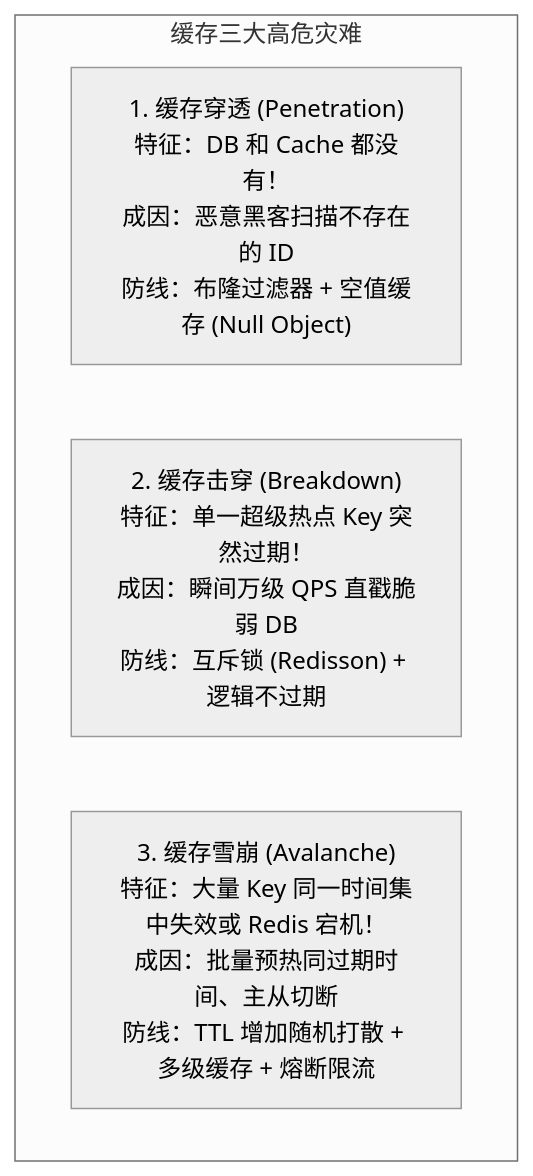
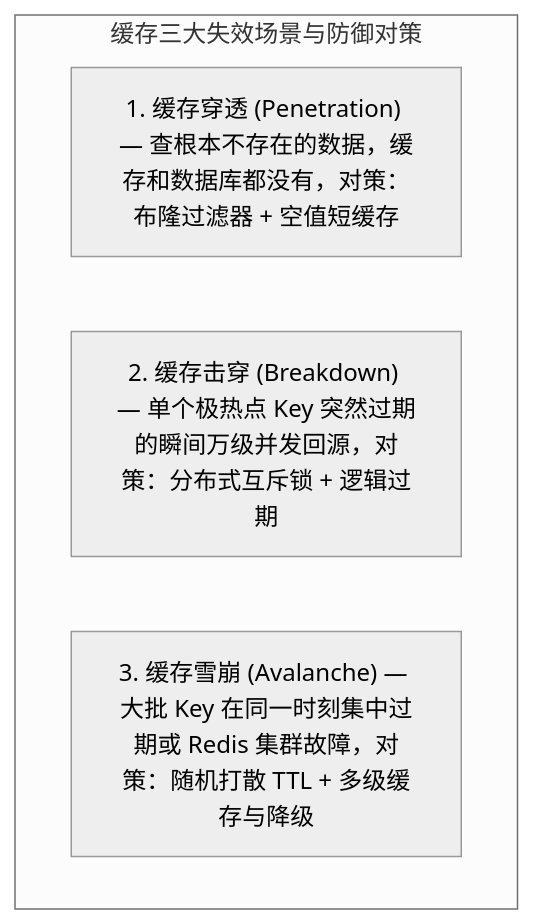
Before and after one commit to GuoWWWX/knowledge-base: the fourth of 4 diagrams in 20-Java后端/08-系统设计/03-缓存架构设计.md, drawn with Mermaid (neutral theme). The commit also changed other lines of this file and 251 other files, not shown here.

````diff
--- a/20-Java后端/08-系统设计/03-缓存架构设计.md
+++ b/20-Java后端/08-系统设计/03-缓存架构设计.md
@@ -133,8 +138,8 @@
 ```mermaid
-graph TD
-    subgraph "缓存三大高危灾难"
-        Penetration["1. 缓存穿透 (Penetration)<br/>特征：DB 和 Cache 都没有！<br/>成因：恶意黑客扫描不存在的 ID<br/>防线：布隆过滤器 + 空值缓存 (Null Object)"]
-        Breakdown["2. 缓存击穿 (Breakdown)<br/>特征：单一超级热点 Key 突然过期！<br/>成因：瞬间万级 QPS 直戳脆弱 DB<br/>防线：互斥锁 (Redisson) + 逻辑不过期"]
-        Avalanche["3. 缓存雪崩 (Avalanche)<br/>特征：大量 Key 同一时间集中失效或 Redis 宕机！<br/>成因：批量预热同过期时间、主从切断<br/>防线：TTL 增加随机打散 + 多级缓存 + 熔断限流"]
+flowchart TD
+    subgraph Disasters["缓存三大失效场景与防御对策"]
+        Penetration["1. 缓存穿透 (Penetration) — 查根本不存在的数据，缓存和数据库都没有，对策：布隆过滤器 + 空值短缓存"]
+        Breakdown["2. 缓存击穿 (Breakdown) — 单个极热点 Key 突然过期的瞬间万级并发回源，对策：分布式互斥锁 + 逻辑过期"]
+        Avalanche["3. 缓存雪崩 (Avalanche) — 大批 Key 在同一时刻集中过期或 Redis 集群故障，对策：随机打散 TTL + 多级缓存与降级"]
     end
 ```
````
